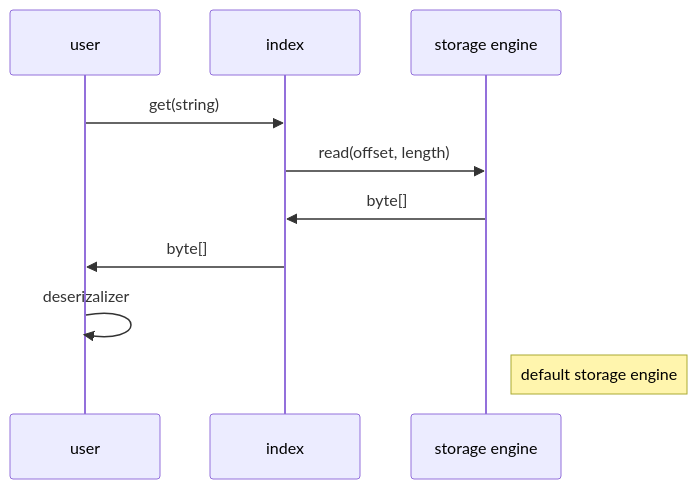
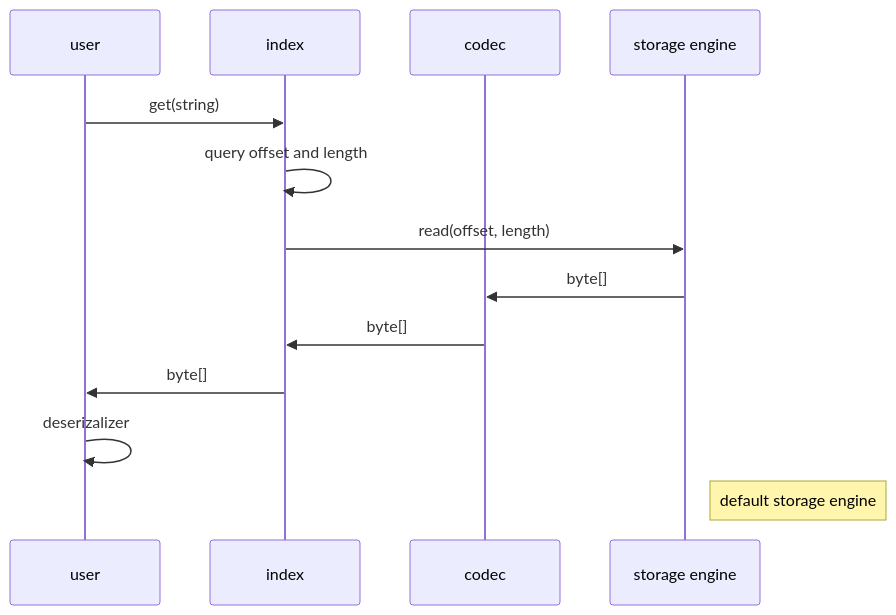
One commit to 0x822a5b87/simple-hash-db changed the first of 2 diagrams in README.md. Above: the diagram before and after it, drawn with Mermaid. The commit also changed other lines of this file, not shown here.

Commit message:
add sequence diagram of get and set

````diff
--- a/README.md
+++ b/README.md
@@ -9,14 +9,17 @@
 ```mermaid
 sequenceDiagram
     participant user;
     participant index;
+    participant codec;
     participant storage engine;
 
     user ->> index: get(string)
+    index ->> index: query offset and length
     index ->> storage engine: read(offset, length)
-    storage engine ->> index: byte[]
+    storage engine ->> codec: byte[]
+    codec ->> index: byte[]
     index ->> user: byte[]
     user ->> user: deserizalizer
     
     Note right of storage engine: default storage engine
 ```
````
